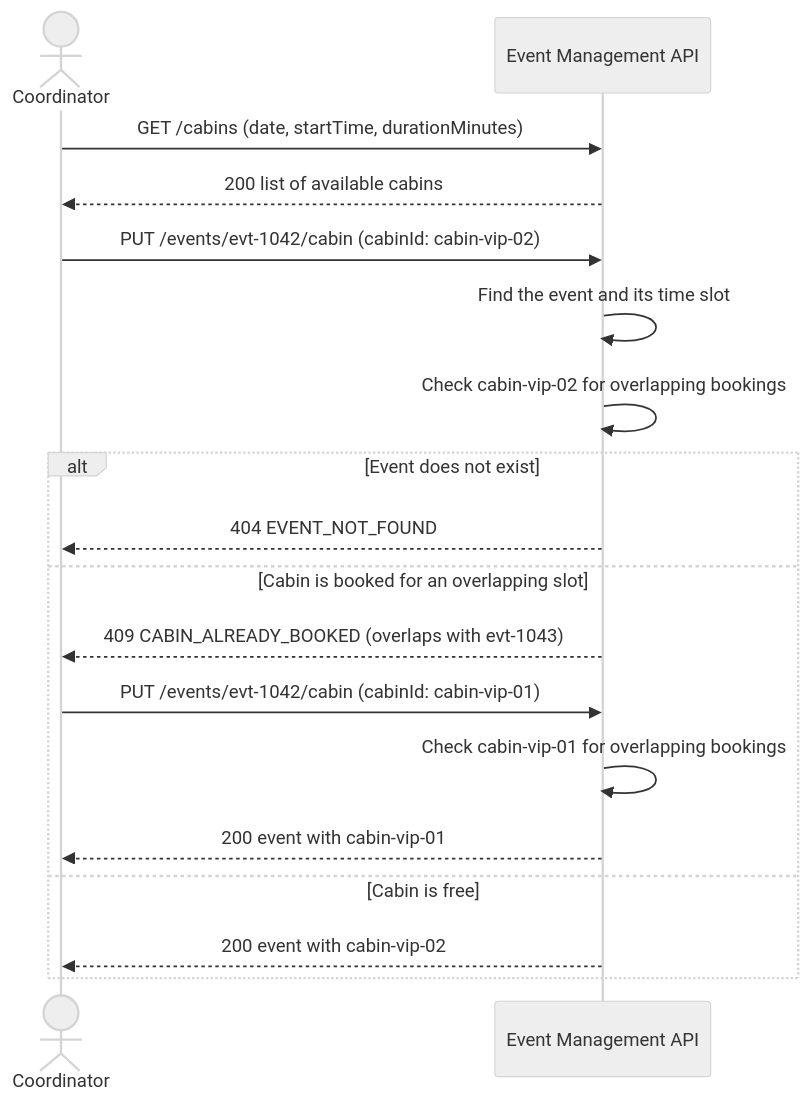
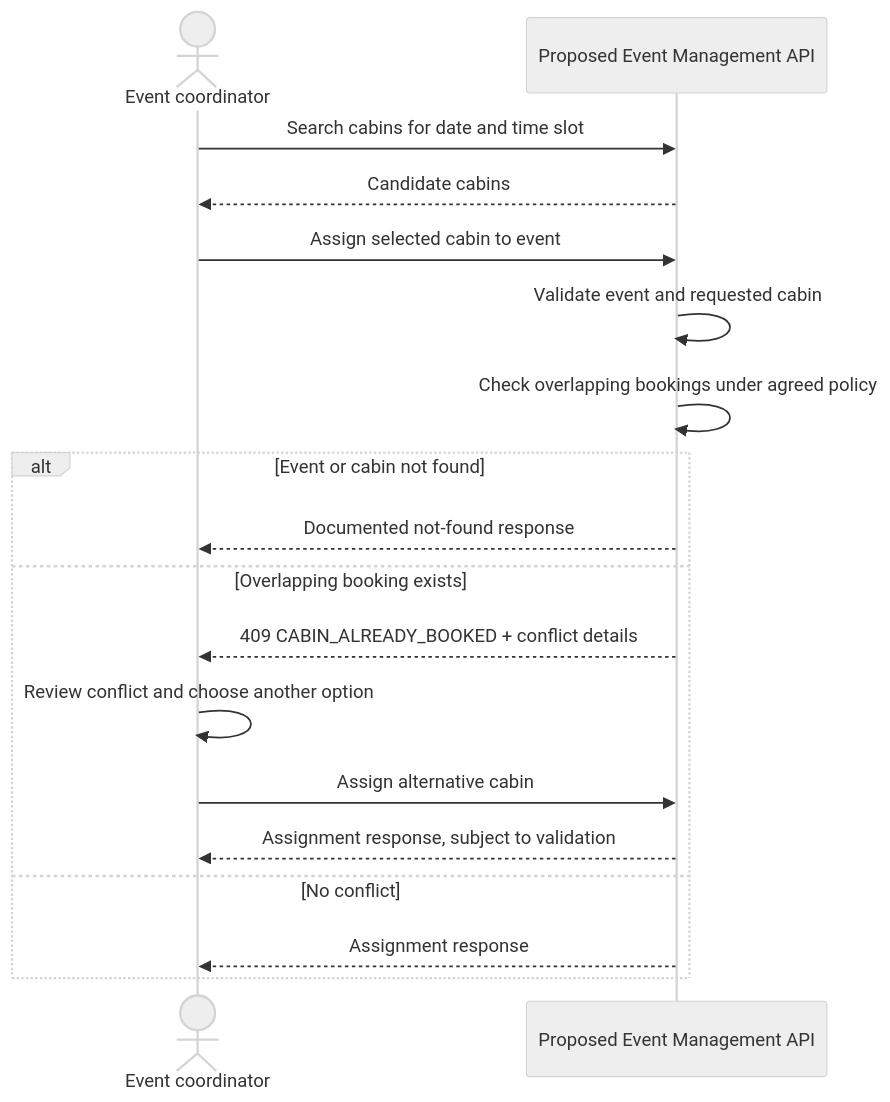
The third of 4 diagrams in diagrams.md (lina443/event-management-api), drawn with Mermaid (neutral theme) before and after one commit. The commit also changed other lines of this file and 3 other files, not shown here.

````diff
--- a/diagrams.md
+++ b/diagrams.md
@@ -9,23 +57,21 @@
 ```mermaid
 sequenceDiagram
-    actor C as Coordinator
-    participant API as Event Management API
+    actor C as Event coordinator
+    participant API as Proposed Event Management API
 
-    C->>API: GET /cabins (date, startTime, durationMinutes)
-    API-->>C: 200 list of available cabins
-
-    C->>API: PUT /events/evt-1042/cabin (cabinId: cabin-vip-02)
-    API->>API: Find the event and its time slot
-    API->>API: Check cabin-vip-02 for overlapping bookings
-
-    alt Event does not exist
-        API-->>C: 404 EVENT_NOT_FOUND
-    else Cabin is booked for an overlapping slot
-        API-->>C: 409 CABIN_ALREADY_BOOKED (overlaps with evt-1043)
-        C->>API: PUT /events/evt-1042/cabin (cabinId: cabin-vip-01)
-        API->>API: Check cabin-vip-01 for overlapping bookings
-        API-->>C: 200 event with cabin-vip-01
-    else Cabin is free
-        API-->>C: 200 event with cabin-vip-02
+    C->>API: Search cabins for date and time slot
+    API-->>C: Candidate cabins
+    C->>API: Assign selected cabin to event
+    API->>API: Validate event and requested cabin
+    API->>API: Check overlapping bookings under agreed policy
+    alt Event or cabin not found
+        API-->>C: Documented not-found response
+    else Overlapping booking exists
+        API-->>C: 409 CABIN_ALREADY_BOOKED + conflict details
+        C->>C: Review conflict and choose another option
+        C->>API: Assign alternative cabin
+        API-->>C: Assignment response, subject to validation
+    else No conflict
+        API-->>C: Assignment response
     end
 ```
````
